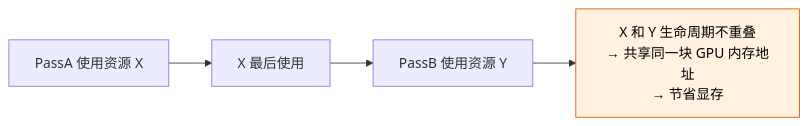
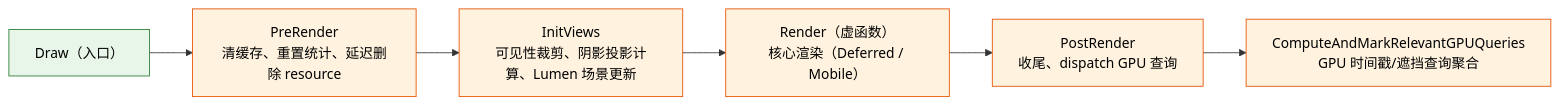
Before and after one commit to MotionlessPeri/agent_coding_guidelines: the second of 7 diagrams in references/ue-rendering/card-01-pipeline-overview.md, drawn with Mermaid. The commit also changed other lines of this file and 8 other files, not shown here.

````diff
--- a/references/ue-rendering/card-01-pipeline-overview.md
+++ b/references/ue-rendering/card-01-pipeline-overview.md
@@ -224,8 +58,13 @@
 ```mermaid
 flowchart LR
-    A["PassA 使用资源 X"] --> B["X 最后使用"]
-    B --> C["PassB 使用资源 Y"]
-    C --> D["X 和 Y 生命周期不重叠\n→ 共享同一块 GPU 内存地址\n→ 节省显存"]
-    classDef result fill:#fff3e0,stroke:#e65100,color:#000
-    class D result
+    Draw["Draw（入口）"] --> PreRender["PreRender<br/>清缓存、重置统计、延迟删除 resource"]
+    PreRender --> InitViews["InitViews<br/>可见性裁剪、阴影投影计算、Lumen 场景更新"]
+    InitViews --> Render["Render（虚函数）<br/>核心渲染（Deferred / Mobile）"]
+    Render --> PostRender["PostRender<br/>收尾、dispatch GPU 查询"]
+    PostRender --> Queries["ComputeAndMarkRelevantGPUQueries<br/>GPU 时间戳/遮挡查询聚合"]
+
+    classDef entry fill:#e8f5e9,stroke:#2e7d32,color:#000
+    classDef phase fill:#fff3e0,stroke:#e65100,color:#000
+    class Draw entry
+    class PreRender,InitViews,Render,PostRender,Queries phase
 ```
````
